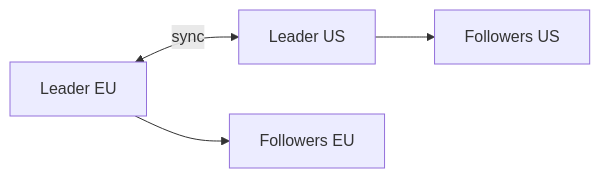
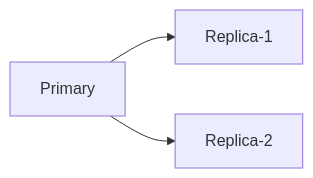
Before and after one commit to hareramcse/SystemDesign: diagram 18 of 44 in 05-distributed-databases/README.md, drawn with Mermaid. The commit also changed other lines of this file, not shown here.

````diff
--- a/05-distributed-databases/README.md
+++ b/05-distributed-databases/README.md
@@ -1244,6 +2079,5 @@
 ```mermaid
 flowchart LR
-    L1[Leader EU] <-->|sync| L2[Leader US]
-    L1 --> F1[Followers EU]
-    L2 --> F2[Followers US]
+    Primary[Primary] --> R1[Replica-1]
+    Primary --> R2[Replica-2]
 ```
````
